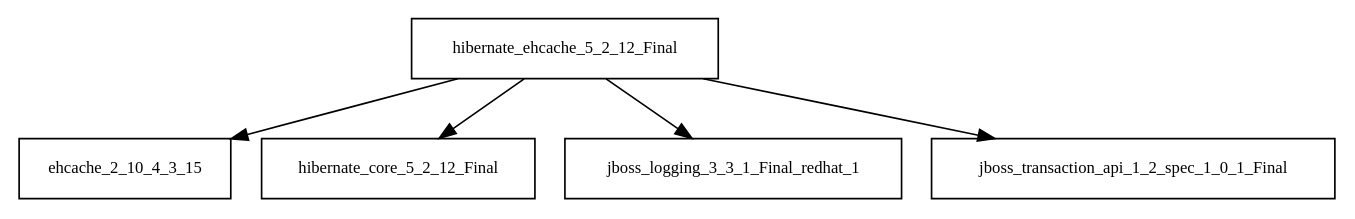
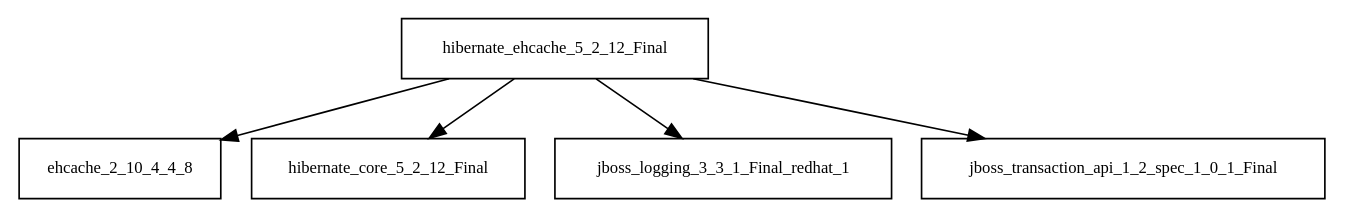
The diagram in tattleTaleReport/graphviz/hibernate-ehcache-5.2.12.Final.jar/hibernate-ehcache-5.2.12.Final.jar.dot (AglaianWoman/cia), drawn with Graphviz before and after one commit. The commit also changed 2727 other files, not shown here.

```diff
--- a/tattleTaleReport/graphviz/hibernate-ehcache-5.2.12.Final.jar/hibernate-ehcache-5.2.12.Final.jar.dot
+++ b/tattleTaleReport/graphviz/hibernate-ehcache-5.2.12.Final.jar/hibernate-ehcache-5.2.12.Final.jar.dot
@@ -1,7 +1,7 @@
 digraph hibernate_ehcache_5_2_12_Final_dependencies {
   node [shape = box, fontsize=10.0];
-  hibernate_ehcache_5_2_12_Final -> ehcache_2_10_4_3_15;
+  hibernate_ehcache_5_2_12_Final -> ehcache_2_10_4_4_8;
   hibernate_ehcache_5_2_12_Final -> hibernate_core_5_2_12_Final;
   hibernate_ehcache_5_2_12_Final -> jboss_logging_3_3_1_Final_redhat_1;
   hibernate_ehcache_5_2_12_Final -> jboss_transaction_api_1_2_spec_1_0_1_Final;
 }
```
